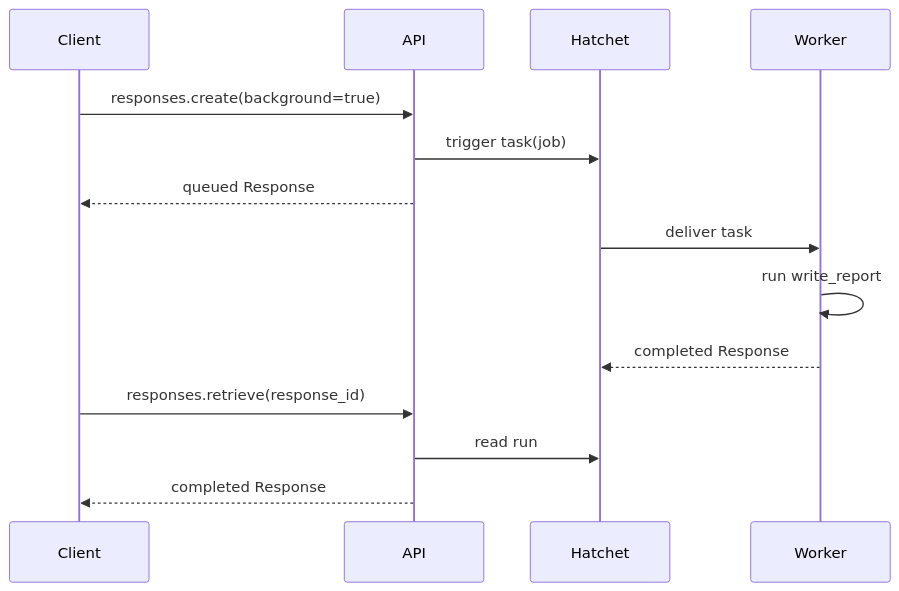
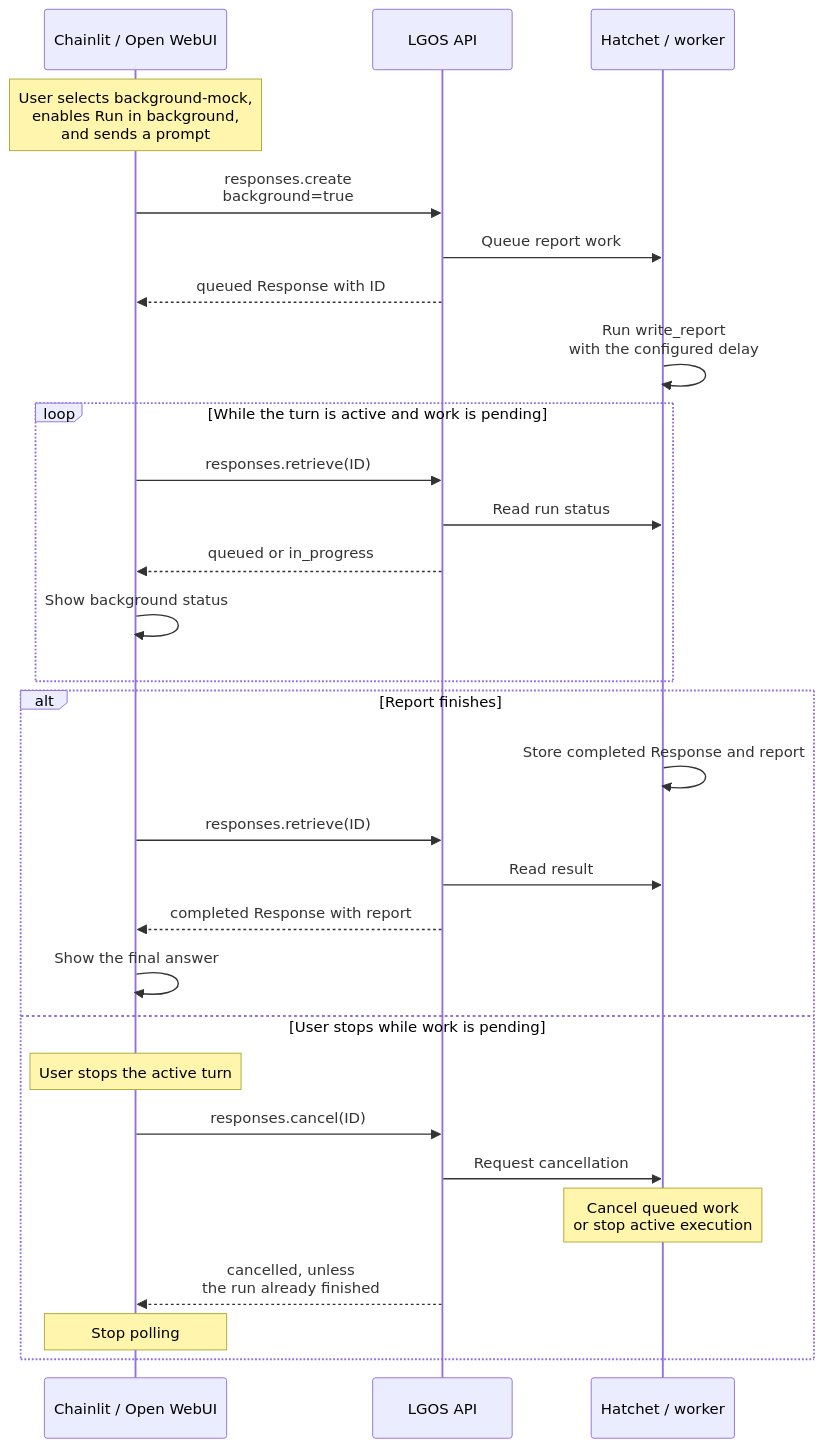
The second of 2 diagrams in docs/demo/graphs/background-mock.md (ilkersigirci/langgraph-openai-serve), drawn with Mermaid before and after one commit. The commit also changed other lines of this file and 21 other files, not shown here.

First line of the commit message:
feat: background-interrupt demo graph added

````diff
--- a/docs/demo/graphs/background-mock.md
+++ b/docs/demo/graphs/background-mock.md
@@ -35,17 +43,32 @@
 ```mermaid
 sequenceDiagram
-  participant Client
-  participant API
-  participant Hatchet
-  participant Worker
+  participant UI as Chainlit / Open WebUI
+  participant API as LGOS API
+  participant Jobs as Hatchet / worker
 
-  Client->>API: responses.create(background=true)
-  API->>Hatchet: trigger task(job)
-  API-->>Client: queued Response
-  Hatchet->>Worker: deliver task
-  Worker->>Worker: run write_report
-  Worker-->>Hatchet: completed Response
-  Client->>API: responses.retrieve(response_id)
-  API->>Hatchet: read run
-  API-->>Client: completed Response
+  Note over UI: User selects background-mock,<br/>enables Run in background,<br/>and sends a prompt
+  UI->>API: responses.create<br/>background=true
+  API->>Jobs: Queue report work
+  API-->>UI: queued Response with ID
+  Jobs->>Jobs: Run write_report<br/>with the configured delay
+  loop While the turn is active and work is pending
+    UI->>API: responses.retrieve(ID)
+    API->>Jobs: Read run status
+    API-->>UI: queued or in_progress
+    UI->>UI: Show background status
+  end
+  alt Report finishes
+    Jobs->>Jobs: Store completed Response and report
+    UI->>API: responses.retrieve(ID)
+    API->>Jobs: Read result
+    API-->>UI: completed Response with report
+    UI->>UI: Show the final answer
+  else User stops while work is pending
+    Note over UI: User stops the active turn
+    UI->>API: responses.cancel(ID)
+    API->>Jobs: Request cancellation
+    Note over Jobs: Cancel queued work<br/>or stop active execution
+    API-->>UI: cancelled, unless<br/>the run already finished
+    Note over UI: Stop polling
+  end
 ```
````
